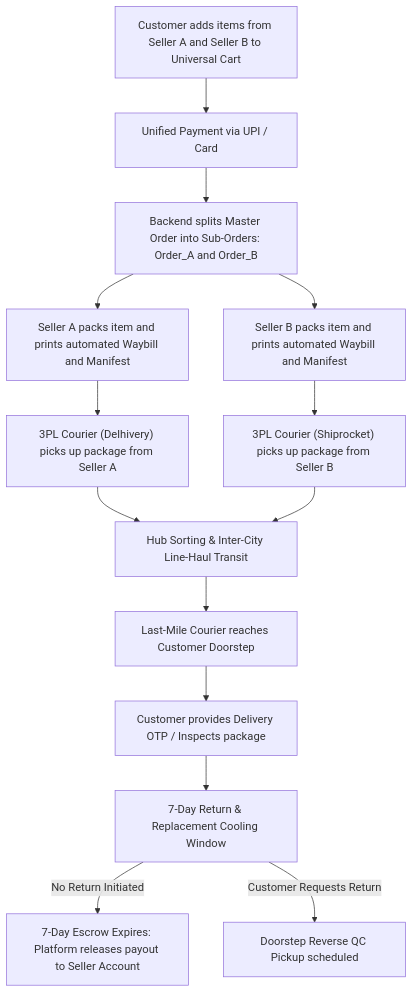
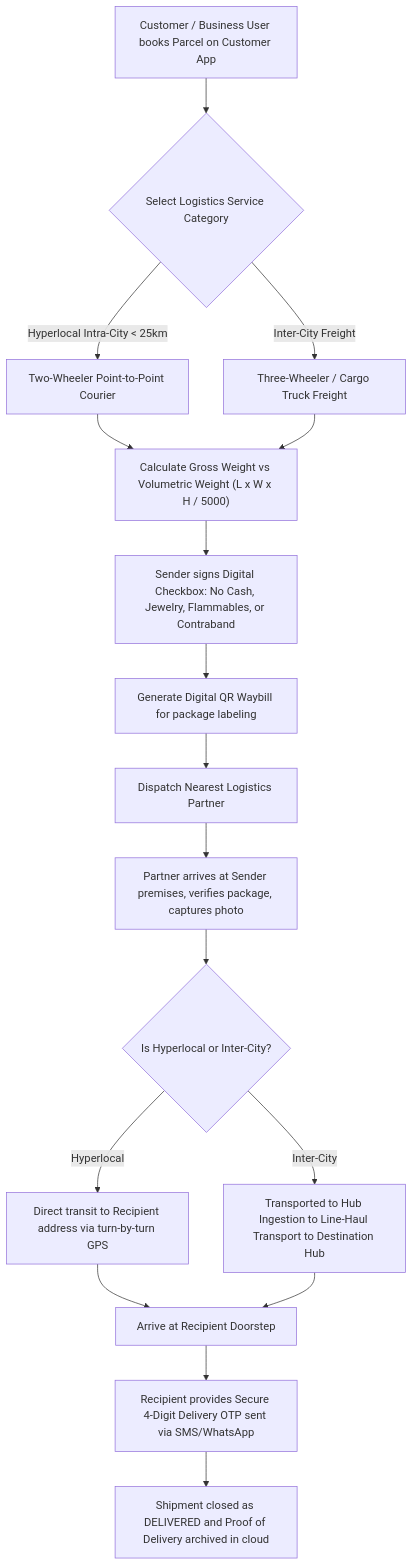
Before and after one commit to programmerfiroz/all-in-one: diagram 11 of 17 in docs/06_visual_hierarchy_and_flows/high_level_visual_hierarchy.md, drawn with Mermaid. The commit also changed other lines of this file, not shown here.

Commit message:
docs: finalize exhaustive visual hierarchy blueprint (VHB-IND-V1.1) with 17 verified mermaid diagrams

````diff
--- a/docs/06_visual_hierarchy_and_flows/high_level_visual_hierarchy.md
+++ b/docs/06_visual_hierarchy_and_flows/high_level_visual_hierarchy.md
@@ -231,22 +377,26 @@
 ```mermaid
 flowchart TD
-    Browse["Customer adds items from Seller A and Seller B to Universal Cart"] --> Checkout["Unified Payment via UPI / Card"]
-    Checkout --> Split["Backend splits Master Order into Sub-Orders: Order_A and Order_B"]
+    BookParcel["Customer / Business User books Parcel on Customer App"] --> ModeSelect{"Select Logistics Service Category"}
     
-    Split --> PackA["Seller A packs item and prints automated Waybill and Manifest"]
-    Split --> PackB["Seller B packs item and prints automated Waybill and Manifest"]
+    ModeSelect -->|Hyperlocal Intra-City < 25km| IntraCity["Two-Wheeler Point-to-Point Courier"]
+    ModeSelect -->|Inter-City Freight| InterCity["Three-Wheeler / Cargo Truck Freight"]
     
-    PackA --> Pickup3PL_A["3PL Courier (Delhivery) picks up package from Seller A"]
-    PackB --> Pickup3PL_B["3PL Courier (Shiprocket) picks up package from Seller B"]
+    IntraCity --> VolCalc["Calculate Gross Weight vs Volumetric Weight (L x W x H / 5000)"]
+    InterCity --> VolCalc
     
-    Pickup3PL_A --> HubTransit["Hub Sorting & Inter-City Line-Haul Transit"]
-    Pickup3PL_B --> HubTransit
+    VolCalc --> RestrictCheck["Sender signs Digital Checkbox: No Cash, Jewelry, Flammables, or Contraband"]
+    RestrictCheck --> GenerateQR["Generate Digital QR Waybill for package labeling"]
     
-    HubTransit --> Doorstep["Last-Mile Courier reaches Customer Doorstep"]
-    Doorstep --> DeliveryScan["Customer provides Delivery OTP / Inspects package"]
+    GenerateQR --> DriverAssign["Dispatch Nearest Logistics Partner"]
+    DriverAssign --> SenderPickup["Partner arrives at Sender premises, verifies package, captures photo"]
     
-    DeliveryScan --> ReturnWindow["7-Day Return & Replacement Cooling Window"]
+    SenderPickup --> RouteTransit{"Is Hyperlocal or Inter-City?"}
+    RouteTransit -->|Hyperlocal| DirectTransit["Direct transit to Recipient address via turn-by-turn GPS"]
+    RouteTransit -->|Inter-City| HubConsolidate["Transported to Hub Ingestion to Line-Haul Transport to Destination Hub"]
     
-    ReturnWindow -->|No Return Initiated| EscrowRelease["7-Day Escrow Expires: Platform releases payout to Seller Account"]
-    ReturnWindow -->|Customer Requests Return| QC_Pickup["Doorstep Reverse QC Pickup scheduled"]
+    DirectTransit --> RecipientDoor["Arrive at Recipient Doorstep"]
+    HubConsolidate --> RecipientDoor
+    
+    RecipientDoor --> VerifyOTP["Recipient provides Secure 4-Digit Delivery OTP sent via SMS/WhatsApp"]
+    VerifyOTP --> Delivered["Shipment closed as DELIVERED and Proof of Delivery archived in cloud"]
 ```
````
